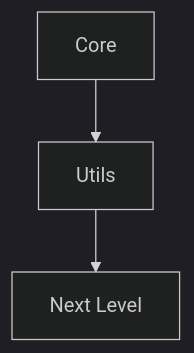
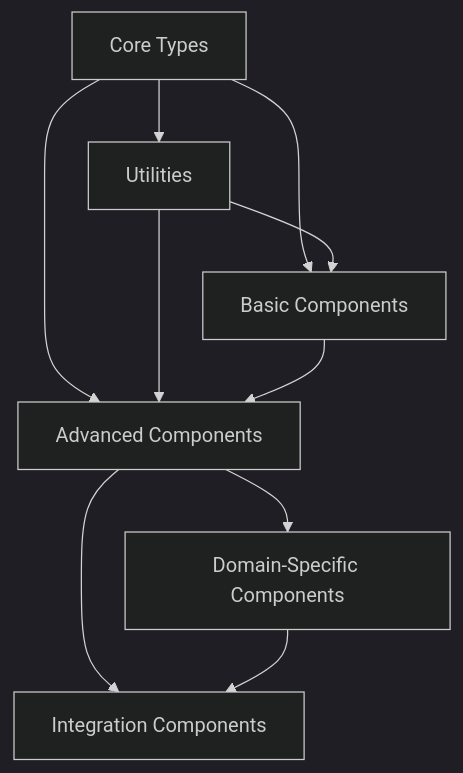
The diagram in memory-bank/templates/component-index-template.md (space-cadet/spin_network_app), drawn with Mermaid (dark theme) before and after one commit. The commit also changed other lines of this file and 13 other files, not shown here.

````diff
--- a/memory-bank/templates/component-index-template.md
+++ b/memory-bank/templates/component-index-template.md
@@ -54,5 +190,12 @@
 ```mermaid
 graph TD
-    A[Core] --> B[Utils]
-    B --> C[Next Level]
+    A[Core Types] --> B[Utilities]
+    A --> C[Basic Components]
+    B --> C
+    A --> D[Advanced Components]
+    B --> D
+    C --> D
+    D --> E[Domain-Specific Components]
+    D --> F[Integration Components]
+    E --> F
 ```
````
